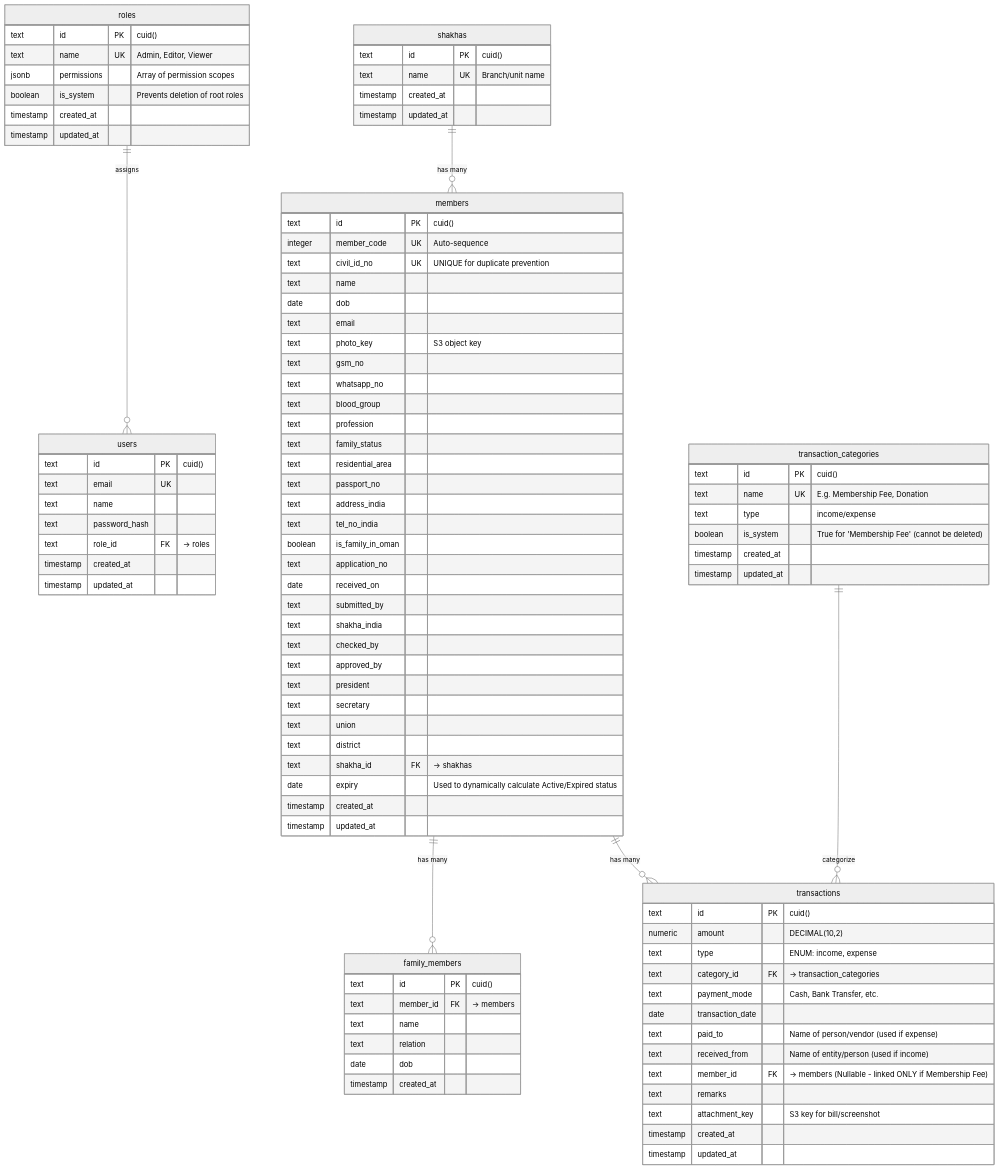
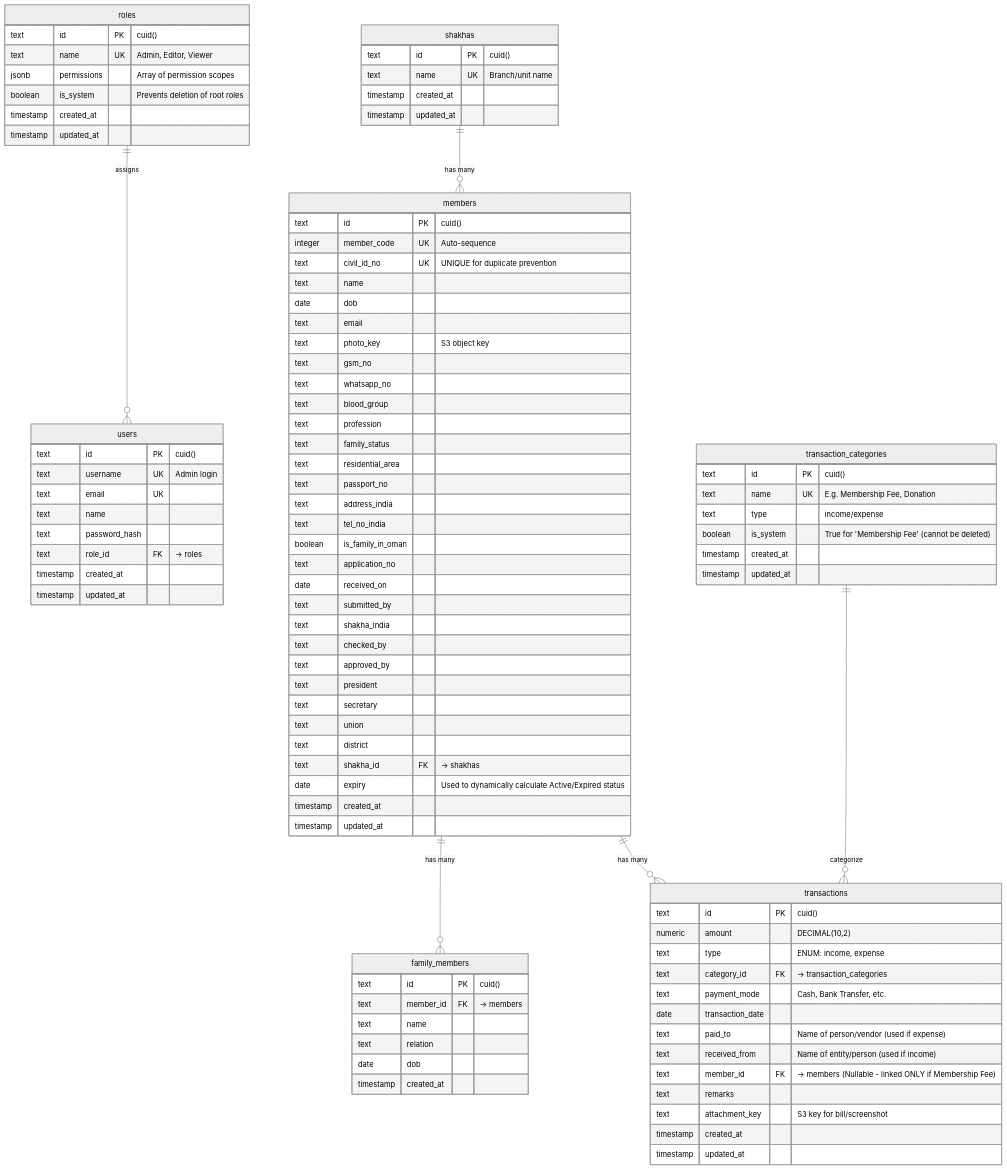
The diagram in docs/DATABASE.md (arshaddanish/sndp-salalah), drawn with Mermaid (neutral theme) before and after one commit. The commit also changed other lines of this file and 5 other files, not shown here.

```diff
--- a/docs/DATABASE.md
+++ b/docs/DATABASE.md
@@ -29,6 +29,7 @@
 erDiagram
     users {
         text id PK "cuid()"
+        text username UK "Admin login"
         text email UK
         text name
         text password_hash
```
